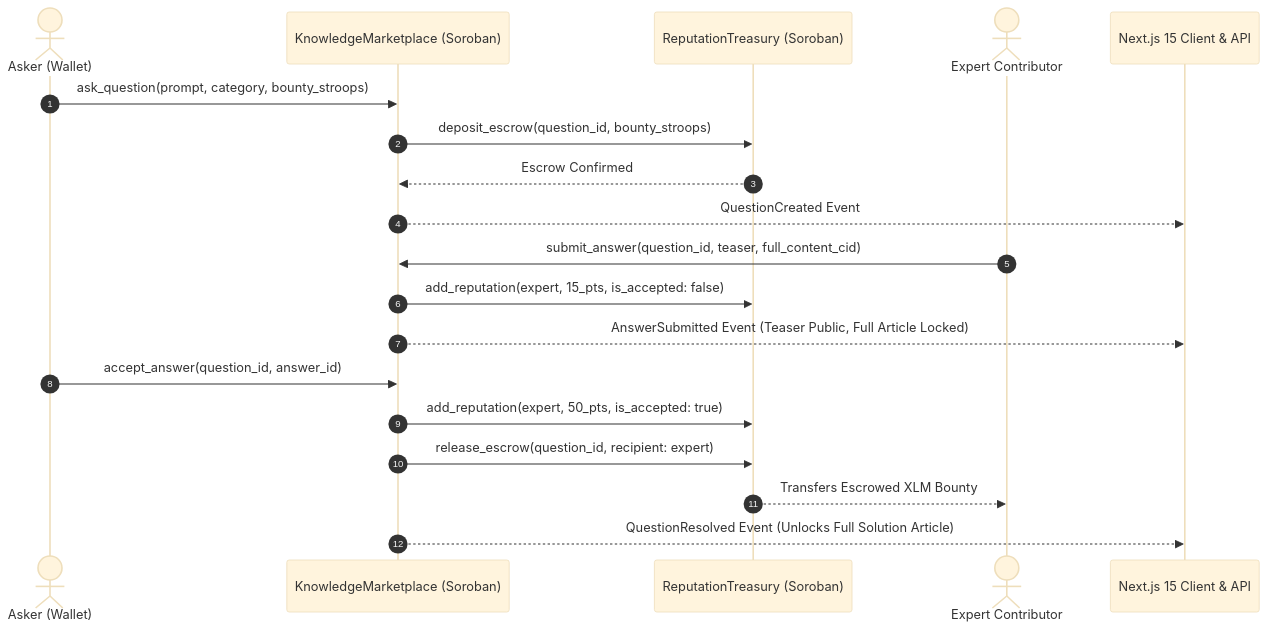
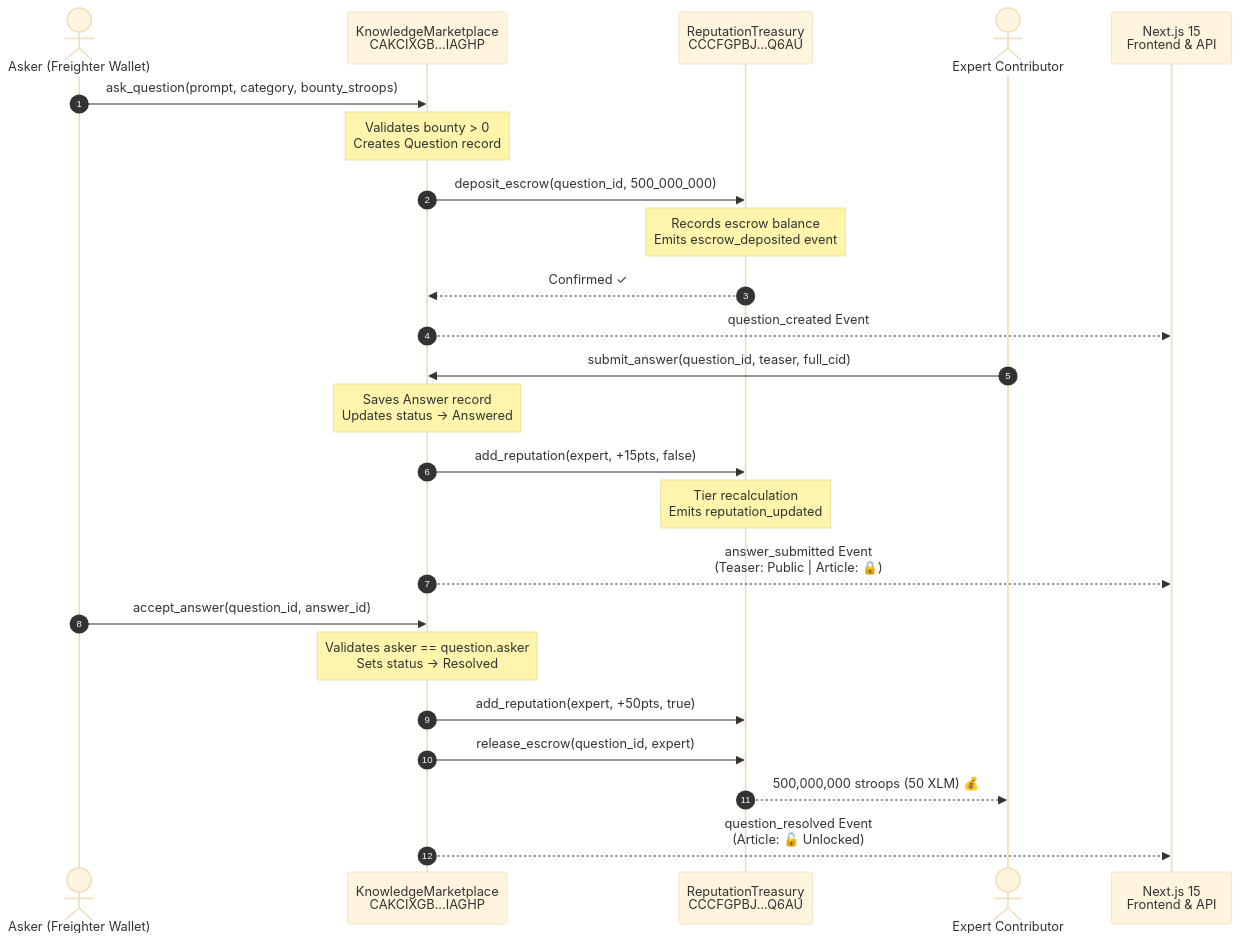
Before and after one commit to INdrajit88/knowlwdgekol: the diagram in README.md, drawn with Mermaid (base theme). The commit also changed other lines of this file and 5 other files, not shown here.

````diff
--- a/README.md
+++ b/README.md
@@ -69,24 +100,29 @@
 ```mermaid
 sequenceDiagram
     autonumber
-    actor Asker as Asker (Wallet)
-    participant Market as KnowledgeMarketplace (Soroban)
-    participant Treasury as ReputationTreasury (Soroban)
+    actor Asker as Asker (Freighter Wallet)
+    participant Market as KnowledgeMarketplace<br/>CAKCIXGB...IAGHP
+    participant Treasury as ReputationTreasury<br/>CCCFGPBJ...Q6AU
     actor Expert as Expert Contributor
-    participant Frontend as Next.js 15 Client & API
+    participant Frontend as Next.js 15<br/>Frontend & API
 
     Asker->>Market: ask_question(prompt, category, bounty_stroops)
-    Market->>Treasury: deposit_escrow(question_id, bounty_stroops)
-    Treasury-->>Market: Escrow Confirmed
-    Market-->>Frontend: QuestionCreated Event
+    Note over Market: Validates bounty > 0<br/>Creates Question record
+    Market->>Treasury: deposit_escrow(question_id, 500_000_000)
+    Note over Treasury: Records escrow balance<br/>Emits escrow_deposited event
+    Treasury-->>Market: Confirmed ✓
+    Market-->>Frontend: question_created Event
 
-    Expert->>Market: submit_answer(question_id, teaser, full_content_cid)
-    Market->>Treasury: add_reputation(expert, 15_pts, is_accepted: false)
-    Market-->>Frontend: AnswerSubmitted Event (Teaser Public, Full Article Locked)
+    Expert->>Market: submit_answer(question_id, teaser, full_cid)
+    Note over Market: Saves Answer record<br/>Updates status → Answered
+    Market->>Treasury: add_reputation(expert, +15pts, false)
+    Note over Treasury: Tier recalculation<br/>Emits reputation_updated
+    Market-->>Frontend: answer_submitted Event<br/>(Teaser: Public | Article: 🔒)
 
     Asker->>Market: accept_answer(question_id, answer_id)
-    Market->>Treasury: add_reputation(expert, 50_pts, is_accepted: true)
-    Market->>Treasury: release_escrow(question_id, recipient: expert)
-    Treasury-->>Expert: Transfers Escrowed XLM Bounty
-    Market-->>Frontend: QuestionResolved Event (Unlocks Full Solution Article)
+    Note over Market: Validates asker == question.asker<br/>Sets status → Resolved
+    Market->>Treasury: add_reputation(expert, +50pts, true)
+    Market->>Treasury: release_escrow(question_id, expert)
+    Treasury-->>Expert: 500,000,000 stroops (50 XLM) 💰
+    Market-->>Frontend: question_resolved Event<br/>(Article: 🔓 Unlocked)
 ```
````
